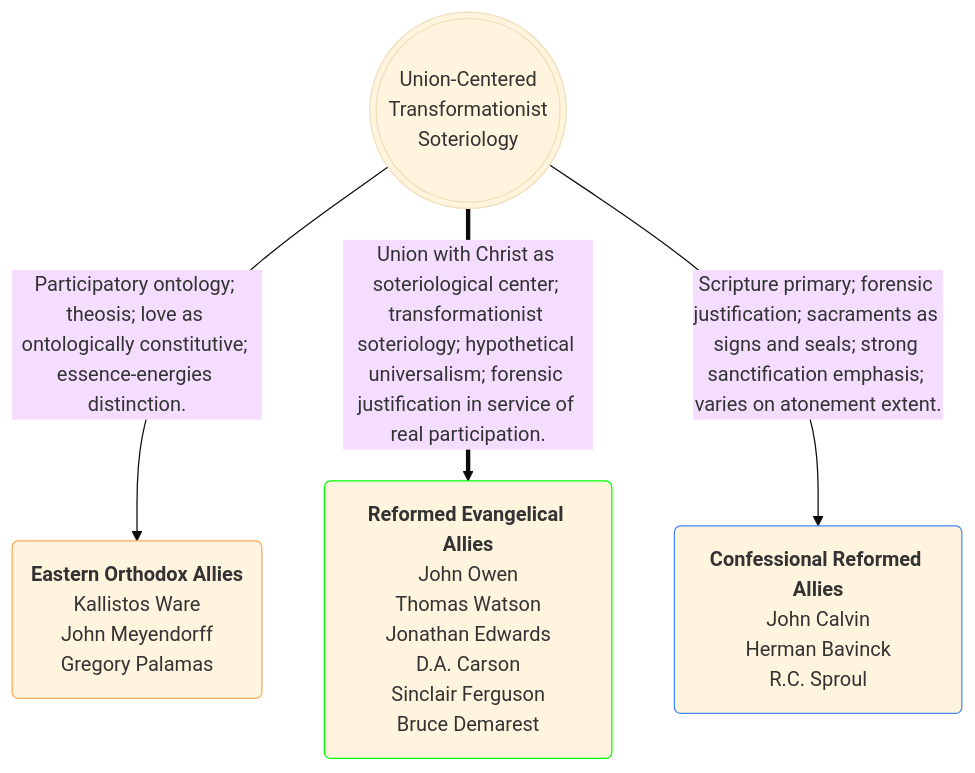
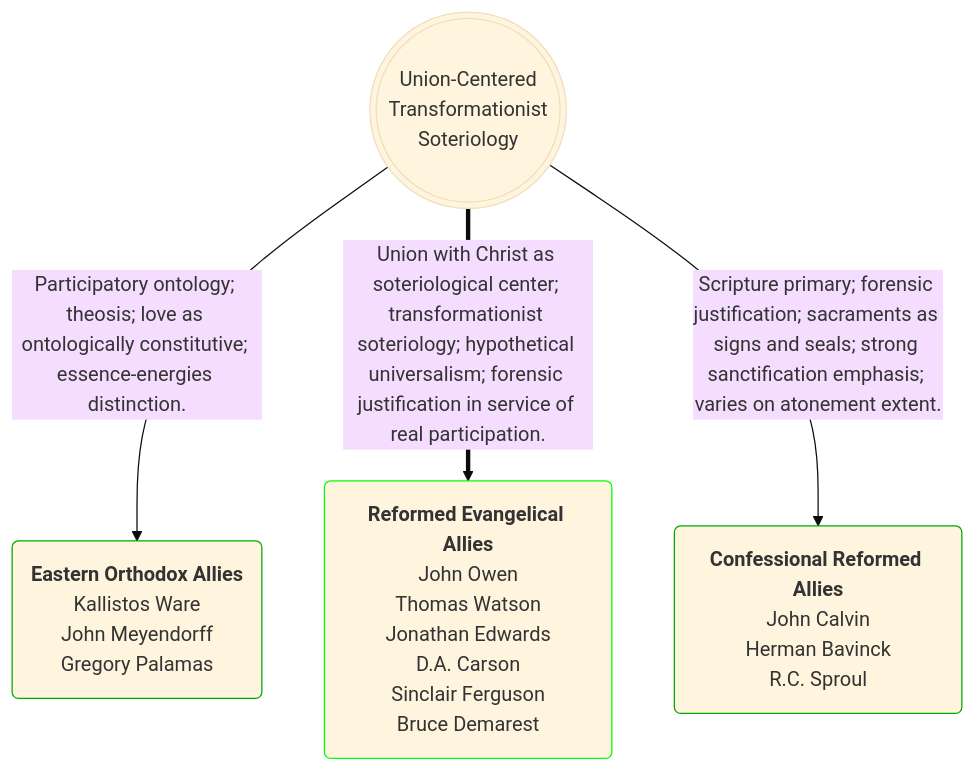
Before and after one commit to OrdoLuminis/ordoluminis.github.io: the second of 2 diagrams in _posts/2026-03-27-confessional-vs-anglo-catholic.markdown, drawn with Mermaid (base theme). The commit also changed other lines of this file, not shown here.

````diff
--- a/_posts/2026-03-27-confessional-vs-anglo-catholic.markdown
+++ b/_posts/2026-03-27-confessional-vs-anglo-catholic.markdown
@@ -55,10 +55,9 @@
 ```mermaid
 flowchart TD
     A(((Union-Centered<br>Transformationist<br>Soteriology)))
-    A -->|Participatory ontology; theosis; love as ontologically constitutive; essence-energies distinction.| B(<strong>Eastern Orthodox Allies</strong><br>Kallistos Ware<br>John Meyendorff<br>Gregory Palamas):::orange
+    A -->|Participatory ontology; theosis; love as ontologically constitutive; essence-energies distinction.| B(<strong>Eastern Orthodox Allies</strong><br>Kallistos Ware<br>John Meyendorff<br>Gregory Palamas):::muted
     A ==>|Union with Christ as soteriological center; transformationist soteriology; hypothetical universalism; forensic justification in service of real participation.| D(<strong>Reformed Evangelical Allies</strong><br>John Owen<br>Thomas Watson<br>Jonathan Edwards<br>D.A. Carson<br>Sinclair Ferguson<br>Bruce Demarest):::green
-    A -->|Scripture primary; forensic justification; sacraments as signs and seals; strong sanctification emphasis; varies on atonement extent.| C(<strong>Confessional Reformed Allies</strong><br>John Calvin<br>Herman Bavinck<br>R.C. Sproul):::blue
+    A -->|Scripture primary; forensic justification; sacraments as signs and seals; strong sanctification emphasis; varies on atonement extent.| C(<strong>Confessional Reformed Allies</strong><br>John Calvin<br>Herman Bavinck<br>R.C. Sproul):::muted
     classDef green stroke:#0f0
-    classDef orange stroke:#fa5
-    classDef blue stroke:#48f
+    classDef muted stroke:#0a0
 ```
````
